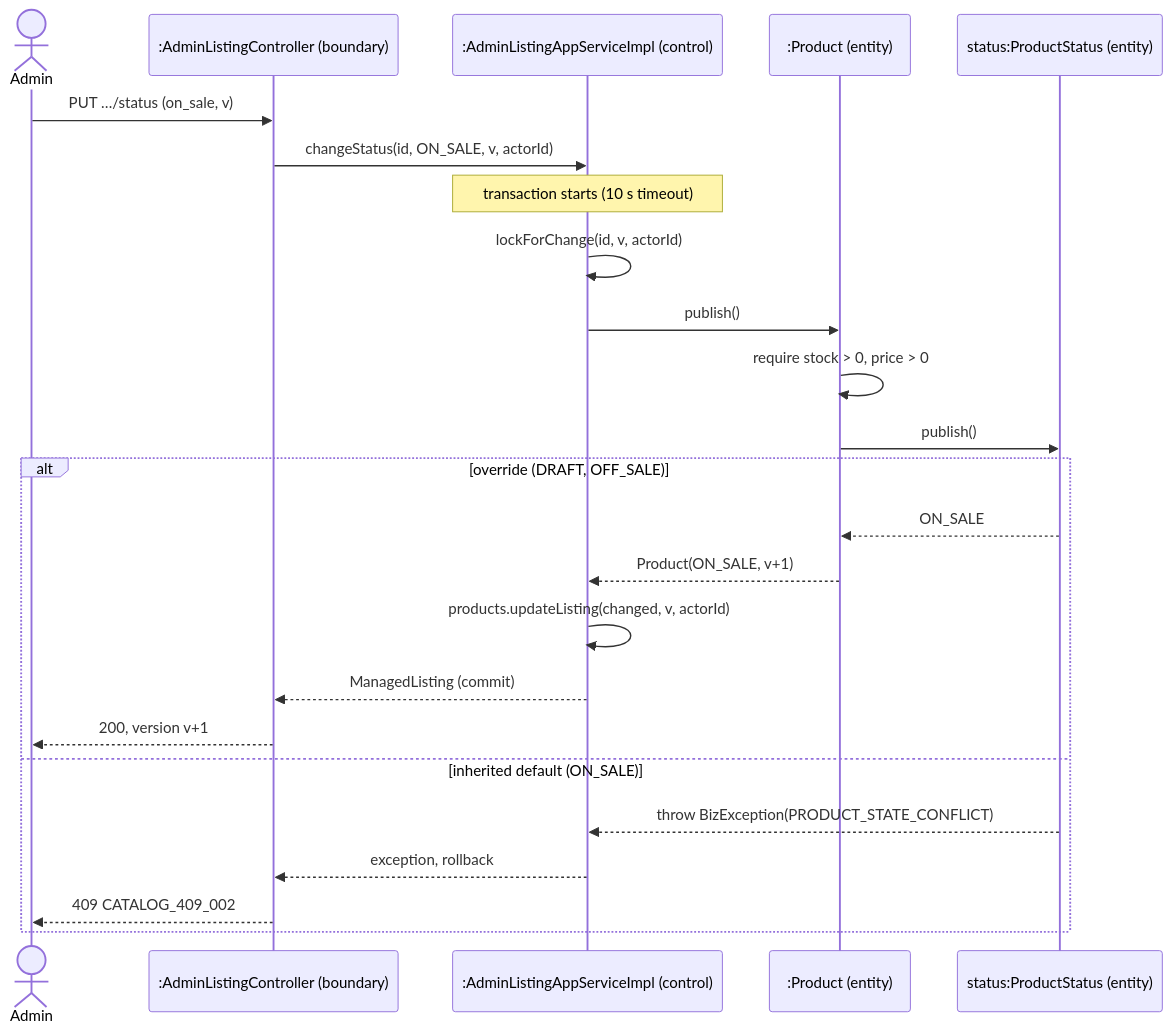
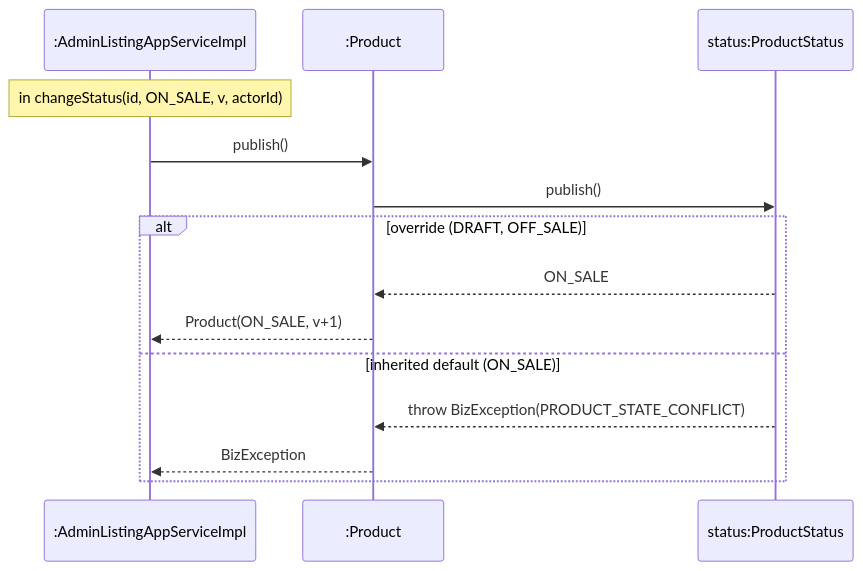
One commit to PPsyrius/iss-groupbuy-team8 changed the fifth of 6 diagrams in docs/swe5006/report/sections/03-5-5-liu-jin.md. Above: the diagram before and after it, drawn with Mermaid. The commit also changed other lines of this file and 60 other files, not shown here.

First line of the commit message:
docs(report): template format, VP-style UML and fact fixes (#463, #695) (#704)

````diff
--- a/docs/swe5006/report/sections/03-5-5-liu-jin.md
+++ b/docs/swe5006/report/sections/03-5-5-liu-jin.md
@@ -219,26 +220,16 @@
 ```mermaid
 sequenceDiagram
-  actor Admin
-  participant C as :AdminListingController (boundary)
-  participant A as :AdminListingAppServiceImpl (control)
-  participant P as :Product (entity)
-  participant S as status:ProductStatus (entity)
-  Admin->>C: PUT …/status (on_sale, v)
-  C->>A: changeStatus(id, ON_SALE, v, actorId)
-  Note over A: transaction starts (10 s timeout)
-  A->>A: lockForChange(id, v, actorId)
+  participant A as :AdminListingAppServiceImpl
+  participant P as :Product
+  participant S as status:ProductStatus
+  Note over A: in changeStatus(id, ON_SALE, v, actorId)
   A->>P: publish()
-  P->>P: require stock > 0, price > 0
   P->>S: publish()
   alt override (DRAFT, OFF_SALE)
     S-->>P: ON_SALE
     P-->>A: Product(ON_SALE, v+1)
-    A->>A: products.updateListing(changed, v, actorId)
-    A-->>C: ManagedListing (commit)
-    C-->>Admin: 200, version v+1
   else inherited default (ON_SALE)
-    S-->>A: throw BizException(PRODUCT_STATE_CONFLICT)
-    A-->>C: exception, rollback
-    C-->>Admin: 409 CATALOG_409_002
+    S-->>P: throw BizException(PRODUCT_STATE_CONFLICT)
+    P-->>A: BizException
   end
 ```
````
